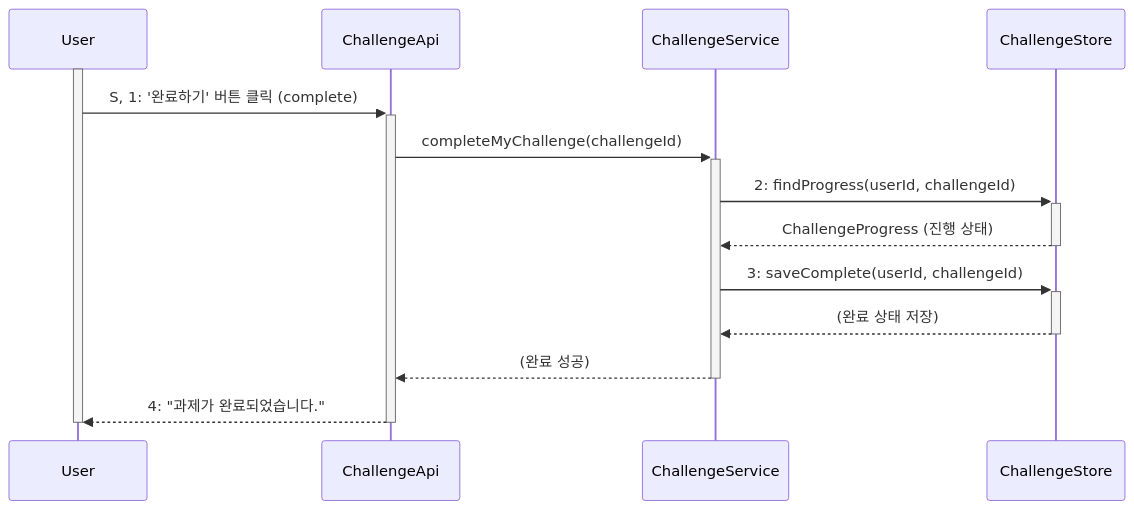
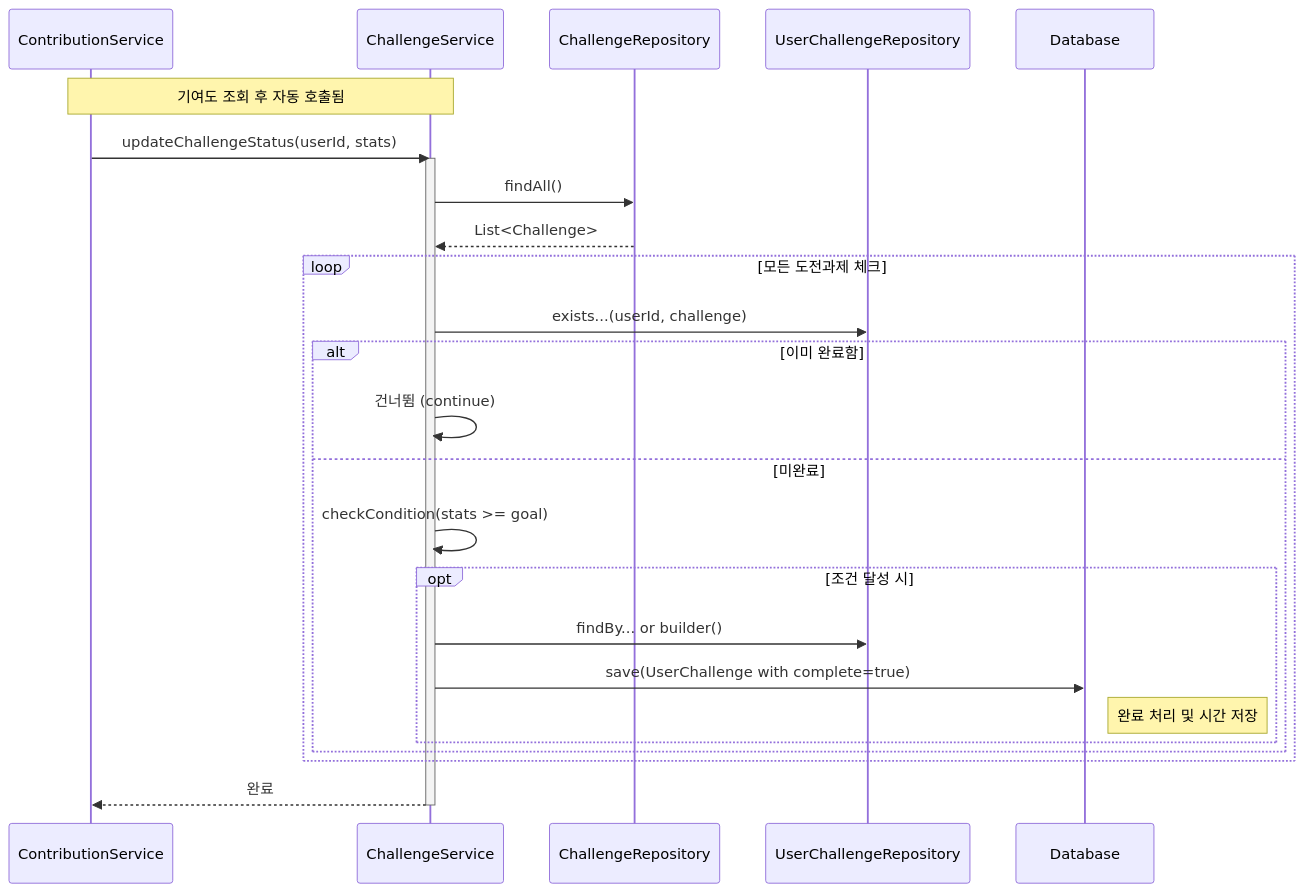
Before and after one commit to OHWCH/se_dev: diagram 38 of 43 in SDS_[깃라잡이].md, drawn with Mermaid. The commit also changed other lines of this file, not shown here.

First line of the commit message:
이슈,기여도,도전과제,투두리스트 시퀀스다이어그램

````diff
--- a/SDS_[깃라잡이].md
+++ b/SDS_[깃라잡이].md
@@ -6002,24 +5952,34 @@
 ```mermaid
 sequenceDiagram
-    participant User
-    participant ChallengeApi
-    participant ChallengeService
-    participant ChallengeStore
+    participant C_Service as ContributionService
+    participant Service as ChallengeService
+    participant ChallengeRepo as ChallengeRepository
+    participant UC_Repo as UserChallengeRepository
+    participant DB as Database
 
-    activate User
-    User->>+ChallengeApi: S, 1: '완료하기' 버튼 클릭 (complete)
+    Note over C_Service, Service: 기여도 조회 후 자동 호출됨
+    C_Service->>Service: updateChallengeStatus(userId, stats)
+    activate Service
     
-    ChallengeApi->>+ChallengeService: completeMyChallenge(challengeId)
+    Service->>ChallengeRepo: findAll()
+    ChallengeRepo-->>Service: List<Challenge>
     
-    ChallengeService->>+ChallengeStore: 2: findProgress(userId, challengeId)
-    ChallengeStore-->>-ChallengeService: ChallengeProgress (진행 상태)
+    loop 모든 도전과제 체크
+        Service->>UC_Repo: exists...(userId, challenge)
+        
+        alt 이미 완료함
+            Service->>Service: 건너뜀 (continue)
+        else 미완료
+            Service->>Service: checkCondition(stats >= goal)
+            
+            opt 조건 달성 시
+                Service->>UC_Repo: findBy... or builder()
+                Service->>DB: save(UserChallenge with complete=true)
+                Note right of DB: 완료 처리 및 시간 저장
+            end
+        end
+    end
     
-    ChallengeService->>+ChallengeStore: 3: saveComplete(userId, challengeId)
-    ChallengeStore-->>-ChallengeService: (완료 상태 저장)
-    
-    ChallengeService-->>-ChallengeApi: (완료 성공)
-    
-    ChallengeApi-->>User: 4: "과제가 완료되었습니다."
-    deactivate ChallengeApi
-    deactivate User
+    Service-->>C_Service: 완료
+    deactivate Service
 ```
````
